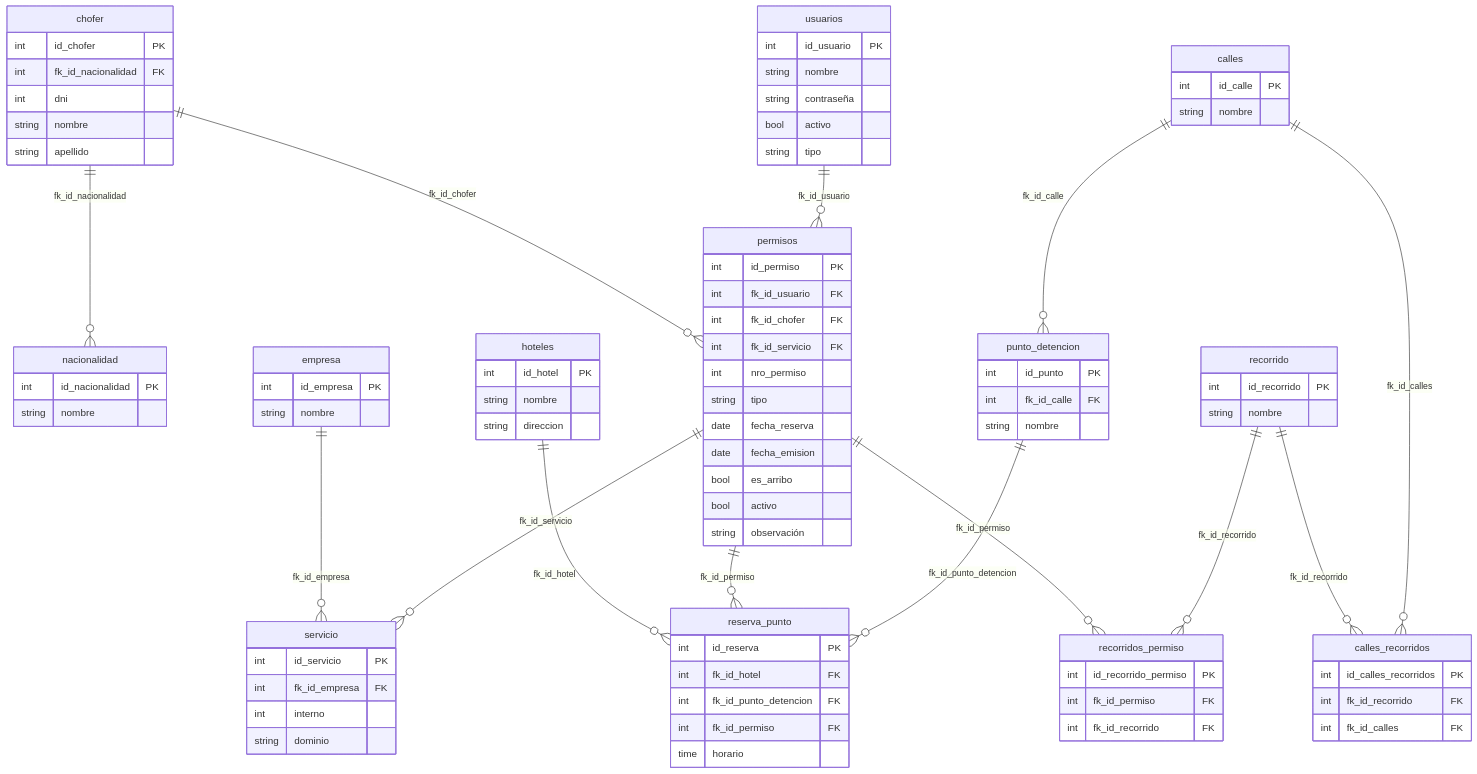
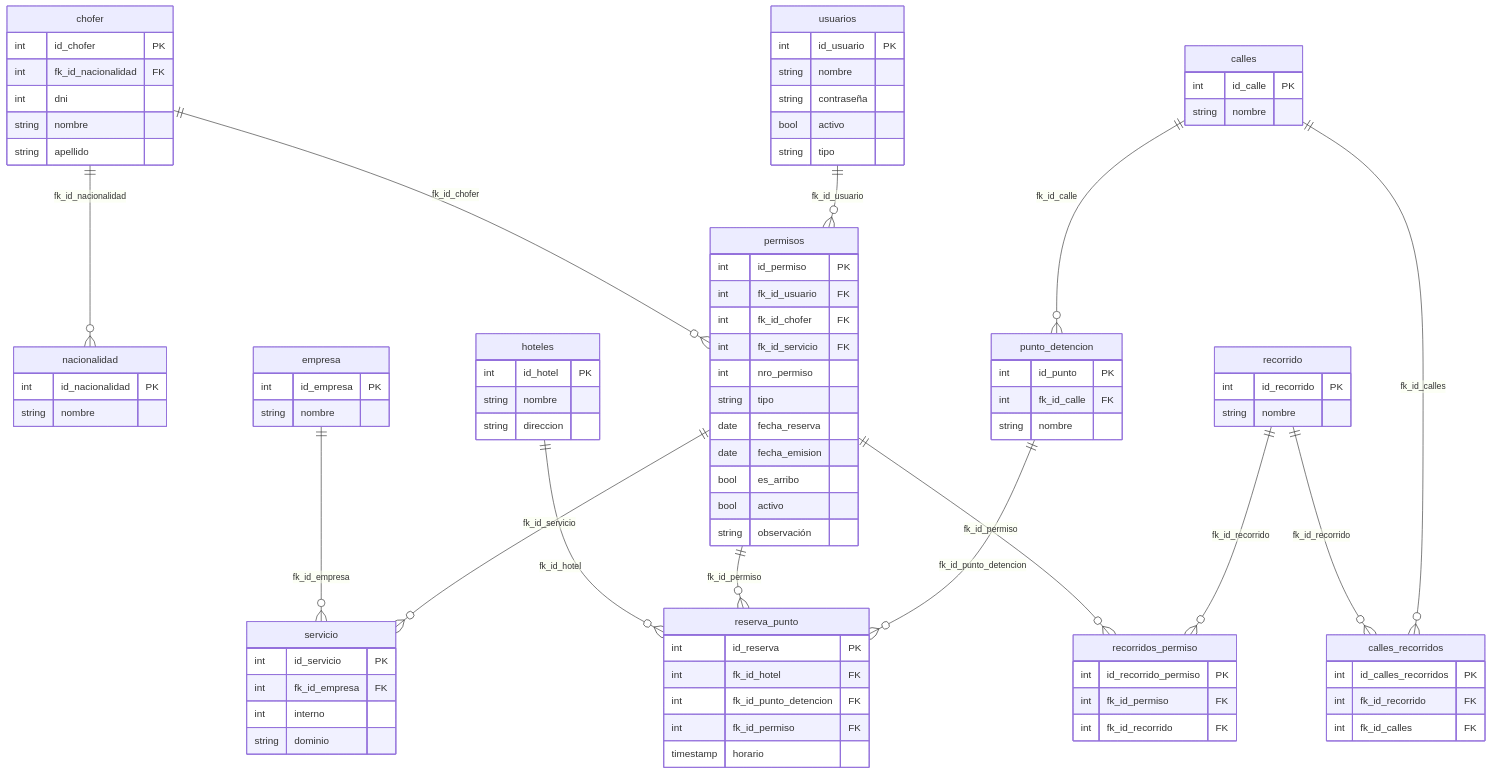
One commit to MSCB-Sistemas/sgpc changed the diagram in readme.md. Above: the diagram before and after it, drawn with Mermaid. The commit also changed other lines of this file, not shown here.

```diff
--- a/readme.md
+++ b/readme.md
@@ -82,7 +192,7 @@
         int fk_id_hotel FK
         int fk_id_punto_detencion FK
         int fk_id_permiso FK
-        time horario
+        timestamp horario
     }
 
     recorridos_permiso {
```
